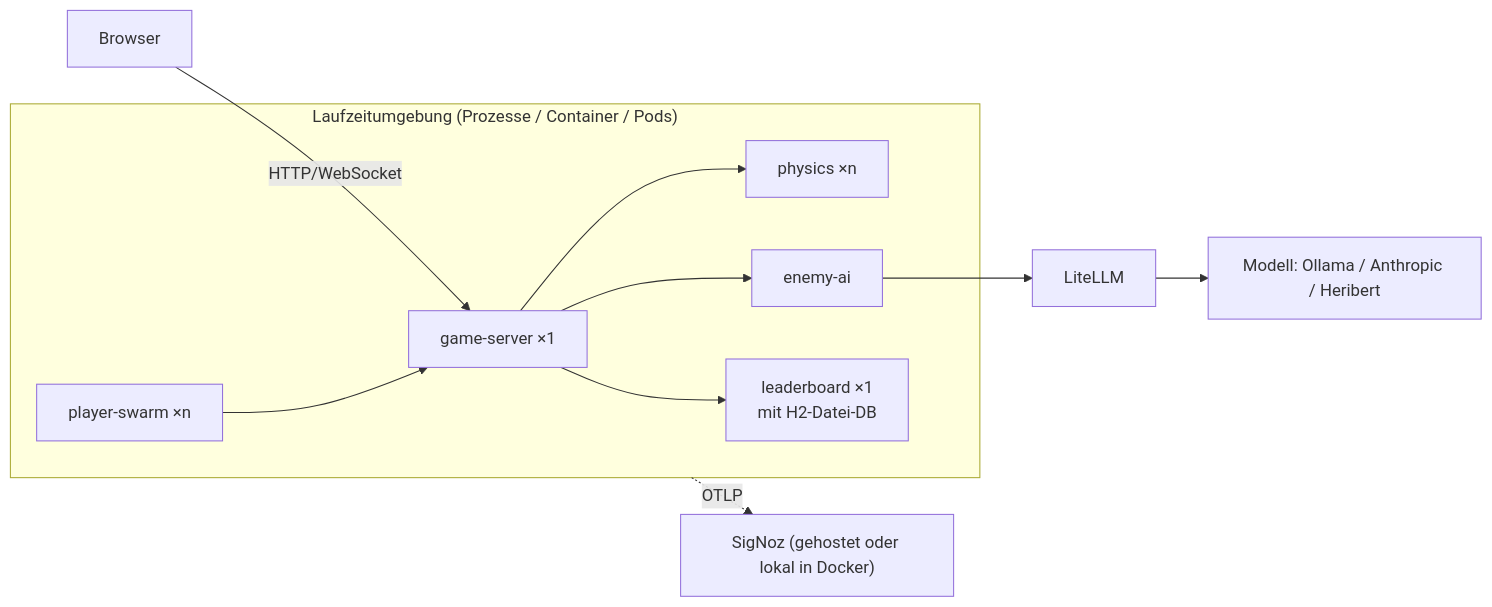
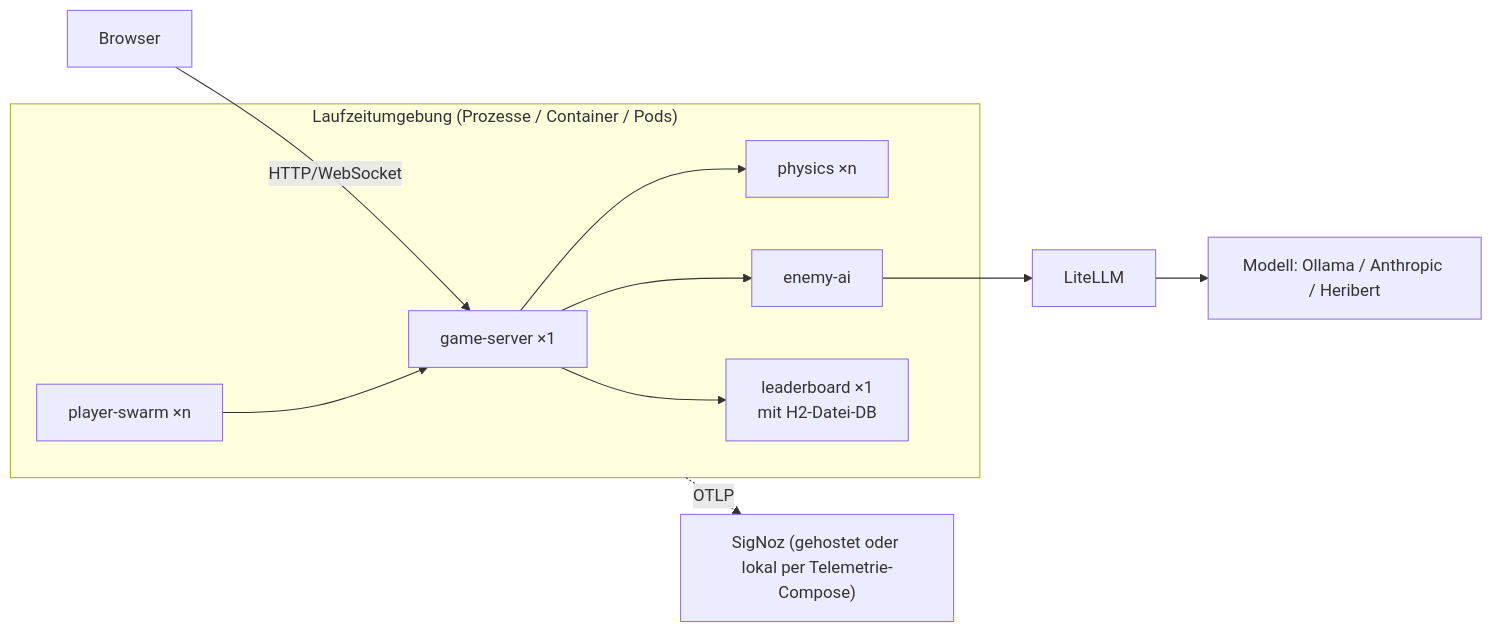
One commit to c-kaiser/u-boot-arcade changed the diagram in arc-doc/07-Verteilungssicht/07-01-Infrastruktur.md. Above: the diagram before and after it, drawn with Mermaid. The commit also changed 20 other files, not shown here.

First line of the commit message:
Telemetrie-Compose für die Betriebsart „Lokal“ (#5)

````diff
--- a/arc-doc/07-Verteilungssicht/07-01-Infrastruktur.md
+++ b/arc-doc/07-Verteilungssicht/07-01-Infrastruktur.md
@@ -19,15 +19,15 @@
 ```mermaid
 flowchart LR
     U["Browser"] -- "HTTP/WebSocket" --> GS
     subgraph Knoten["Laufzeitumgebung (Prozesse / Container / Pods)"]
         GS["game-server ×1"]
         PH["physics ×n"]
         AI["enemy-ai"]
         LB["leaderboard ×1<br/>mit H2-Datei-DB"]
         SW["player-swarm ×n"]
     end
     SW --> GS
     GS --> PH & AI & LB
     AI --> LL["LiteLLM"] --> M["Modell: Ollama / Anthropic / Heribert"]
-    Knoten -. OTLP .-> O["SigNoz (gehostet oder lokal in Docker)"]
+    Knoten -. OTLP .-> O["SigNoz (gehostet oder lokal per Telemetrie-Compose)"]
 ```
````
